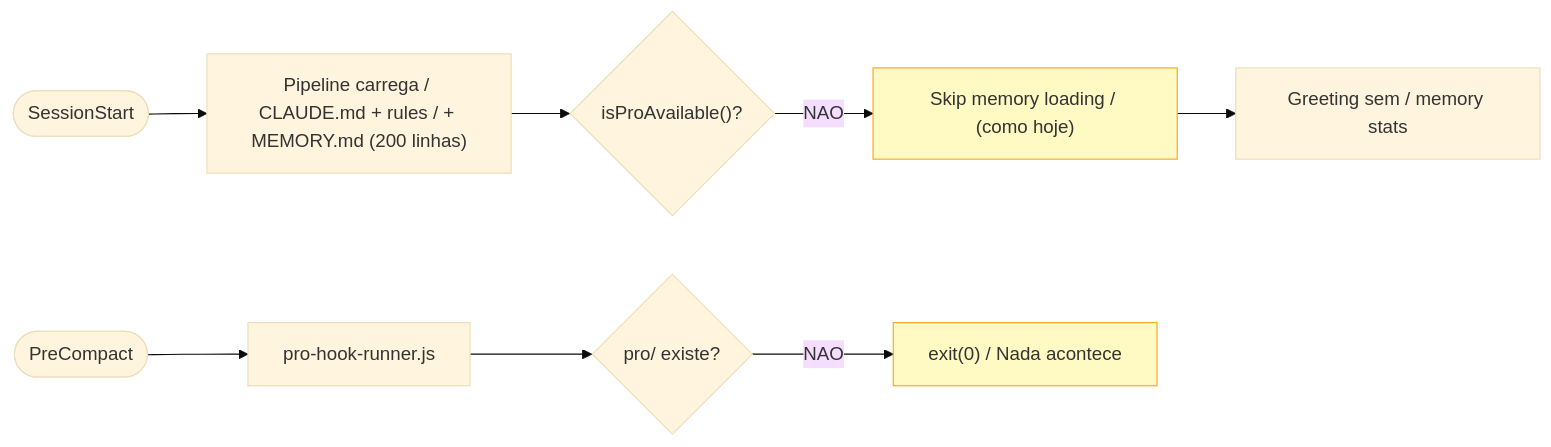
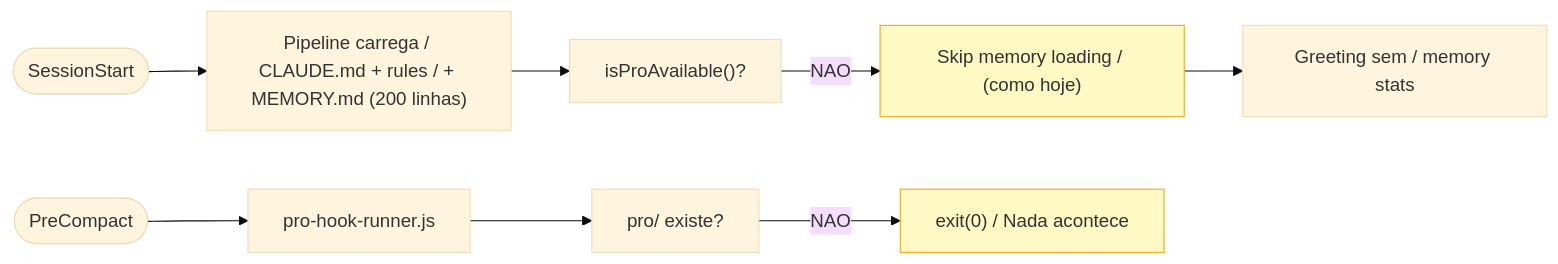
Before and after one commit to bychrisr/aios-docs: the third of 11 diagrams in content/en/docs/guides/MEMORY-INTELLIGENCE-SYSTEM.mdx, drawn with Mermaid (base theme). The commit also changed other lines of this file and 40 other files, not shown here.

````diff
--- a/content/en/docs/guides/MEMORY-INTELLIGENCE-SYSTEM.mdx
+++ b/content/en/docs/guides/MEMORY-INTELLIGENCE-SYSTEM.mdx
@@ -358,14 +358,14 @@
 ```mermaid
 flowchart LR
     SS([SessionStart]) --> PIPELINE["Pipeline carrega / CLAUDE.md + rules / + MEMORY.md (200 linhas)"]
-    PIPELINE --> CHECK{"isProAvailable()?"}
+    PIPELINE --> CHECK["isProAvailable()?"]
     CHECK -->|"NAO"| SKIP["Skip memory loading / (como hoje)"]
     SKIP --> GREETING["Greeting sem / memory stats"]
 
     PC([PreCompact]) --> HOOK["pro-hook-runner.js"]
-    HOOK --> CHECK2{"pro/ existe?"}
+    HOOK --> CHECK2["pro/ existe?"]
     CHECK2 -->|"NAO"| EXIT["exit(0) / Nada acontece"]
 
     style SKIP fill:#FFF9C4,stroke:#F9A825
     style EXIT fill:#FFF9C4,stroke:#F9A825
 ```
````
